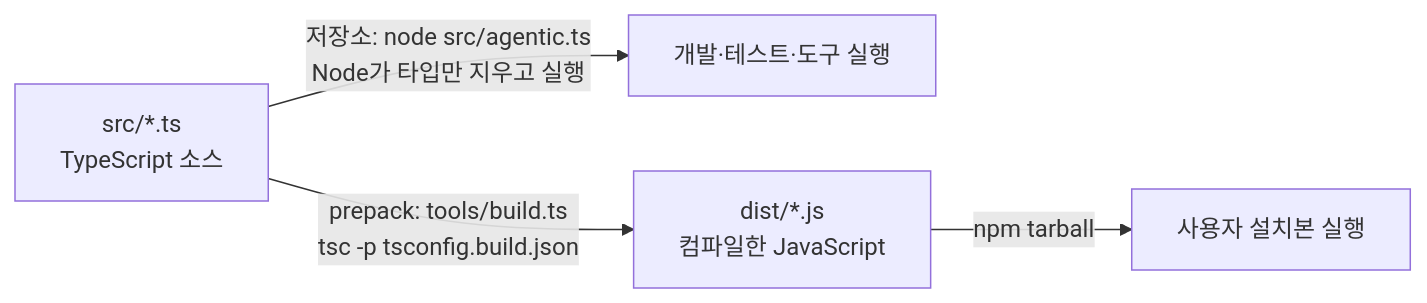
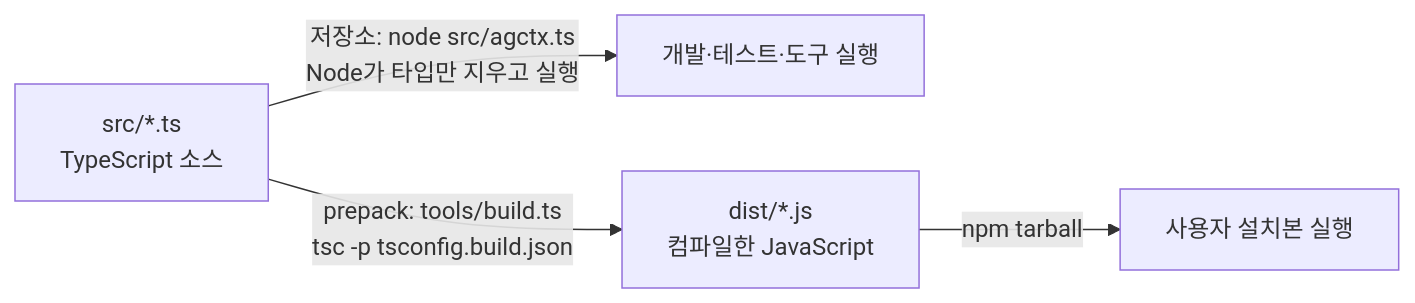
Before and after one commit to IsthisLee/agent-context-manager: the second of 6 diagrams in docs/implementation-principles.md, drawn with Mermaid. The commit also changed other lines of this file and 73 other files, not shown here.

````diff
--- a/docs/implementation-principles.md
+++ b/docs/implementation-principles.md
@@ -141,6 +138,6 @@
 ```mermaid
 flowchart LR
-  SRC["src/*.ts<br/>TypeScript 소스"] -->|"저장소: node src/agentic.ts<br/>Node가 타입만 지우고 실행"| DEV["개발·테스트·도구 실행"]
+  SRC["src/*.ts<br/>TypeScript 소스"] -->|"저장소: node src/agctx.ts<br/>Node가 타입만 지우고 실행"| DEV["개발·테스트·도구 실행"]
   SRC -->|"prepack: tools/build.ts<br/>tsc -p tsconfig.build.json"| DIST["dist/*.js<br/>컴파일한 JavaScript"]
   DIST -->|"npm tarball"| USER["사용자 설치본 실행"]
 ```
````
